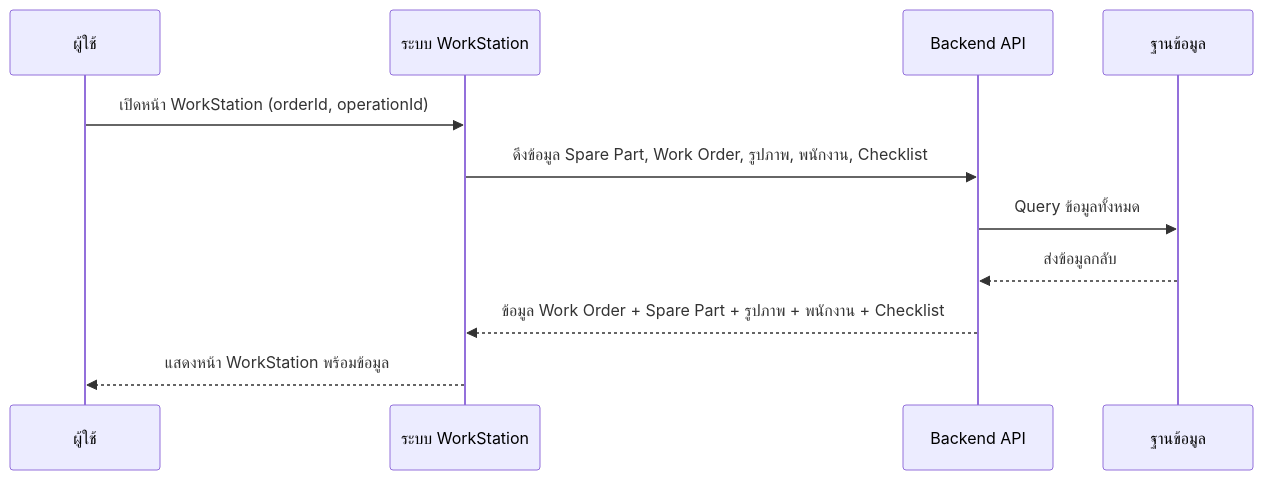
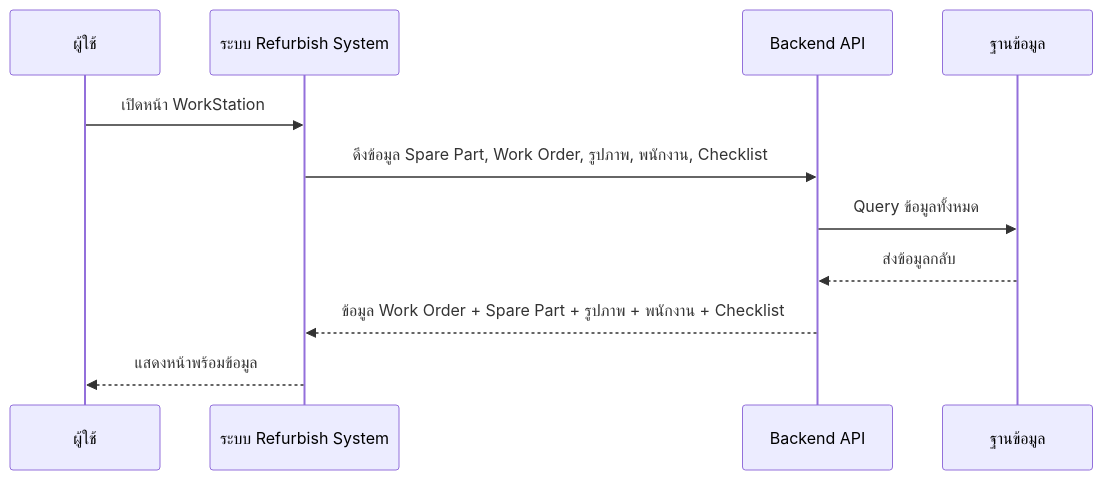
Before and after one commit to akkdach/pro-iot-mobile: the first of 8 diagrams in docs/WorkStation_SequenceDiagram.md, drawn with Mermaid. The commit also changed other lines of this file and 10 other files, not shown here.

````diff
--- a/docs/WorkStation_SequenceDiagram.md
+++ b/docs/WorkStation_SequenceDiagram.md
@@ -5,14 +5,14 @@
 ```mermaid
 sequenceDiagram
     participant U as ผู้ใช้
-    participant WS as ระบบ WorkStation
+    participant WS as ระบบ Refurbish System
     participant API as Backend API
     participant DB as ฐานข้อมูล
 
-    U->>WS: เปิดหน้า WorkStation (orderId, operationId)
+    U->>WS: เปิดหน้า WorkStation
     WS->>API: ดึงข้อมูล Spare Part, Work Order, รูปภาพ, พนักงาน, Checklist
     API->>DB: Query ข้อมูลทั้งหมด
     DB-->>API: ส่งข้อมูลกลับ
     API-->>WS: ข้อมูล Work Order + Spare Part + รูปภาพ + พนักงาน + Checklist
-    WS-->>U: แสดงหน้า WorkStation พร้อมข้อมูล
+    WS-->>U: แสดงหน้าพร้อมข้อมูล
 ```
````
